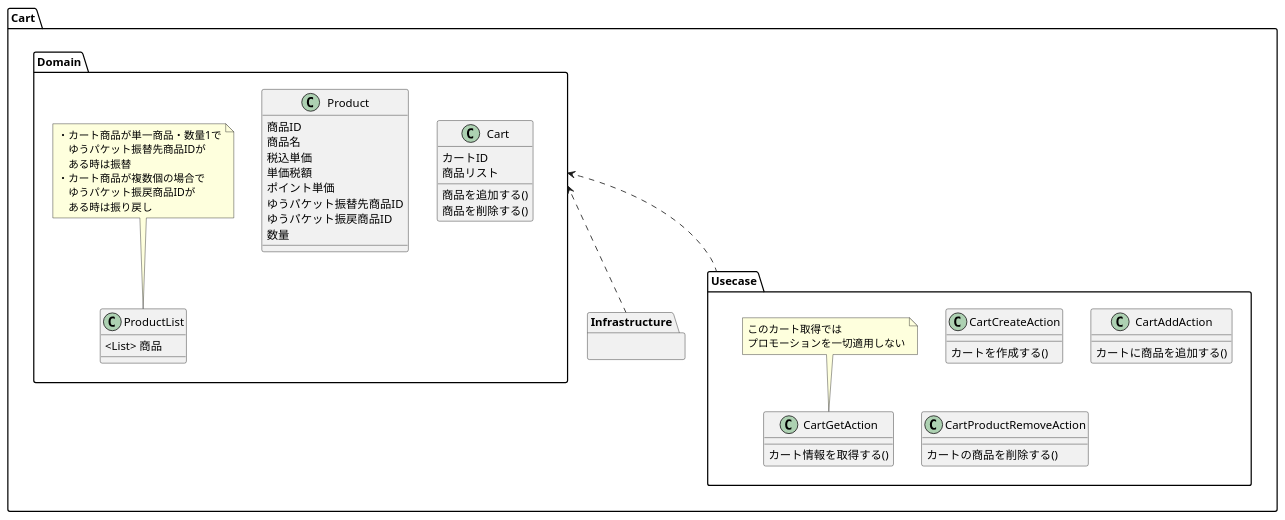
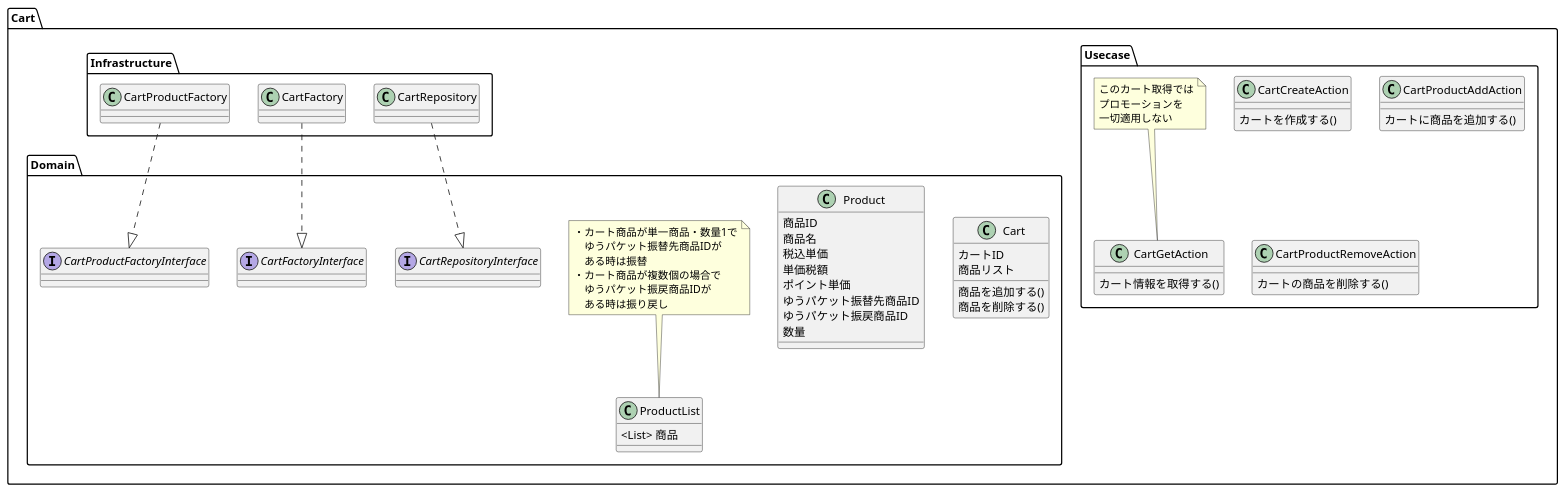
One commit to coffee-r/practice-ec-webapi1 changed the diagram in documents/クラス図/Cart.pu. Above: the diagram before and after it, drawn with PlantUML. The commit also changed 1 other file, not shown here.

Commit message:
[fix] クラス図

```diff
--- a/documents/クラス図/Cart.pu
+++ b/documents/クラス図/Cart.pu
@@ -1,57 +1,79 @@
 @startuml practice-ec-webapi
 
 package Cart{
     package Domain{
 
         class Cart{
             カートID
             商品リスト
             商品を追加する()
             商品を削除する()
         }
 
         class Product{
             商品ID
             商品名
             税込単価
             単価税額
             ポイント単価
             ゆうパケット振替先商品ID
             ゆうパケット振戻商品ID
             数量
         }
 
         class ProductList{
             <List> 商品
         }
 
-         note top of ProductList :・カート商品が単一商品・数量1で\n　ゆうパケット振替先商品IDが\n　ある時は振替\n・カート商品が複数個の場合で\n　ゆうパケット振戻商品IDが\n　ある時は振り戻し
+        note top of ProductList :・カート商品が単一商品・数量1で\n　ゆうパケット振替先商品IDが\n　ある時は振替\n・カート商品が複数個の場合で\n　ゆうパケット振戻商品IDが\n　ある時は振り戻し
+
+        interface CartRepositoryInterface{
+
+        }
+
+        interface CartFactoryInterface{
+
+        }
+
+        interface CartProductFactoryInterface{
+
+        }
     }
     package Usecase{
         class CartCreateAction{
             カートを作成する()
         }
         class CartGetAction{
             カート情報を取得する()
         }
 
-        note top of CartGetAction : このカート取得では\nプロモーションを一切適用しない
+        note top of CartGetAction : このカート取得では\nプロモーションを\n一切適用しない
 
-        class CartAddAction{
+        class CartProductAddAction{
             カートに商品を追加する()
         }
         class CartProductRemoveAction{
             カートの商品を削除する()
         }
 
     }
 
     package Infrastructure{
+        class CartRepository{
+
+        }
+        class CartFactory{
+
+        }
+        class CartProductFactory{
+
+        }
+
+        CartRepository  ..|> CartRepositoryInterface
+        CartFactory ..|> CartFactoryInterface
+        CartProductFactory ..|> CartProductFactoryInterface
     }
-
-    Domain <.do. Usecase
-    Domain <.do. Infrastructure
 }
    
 
 @enduml
```
